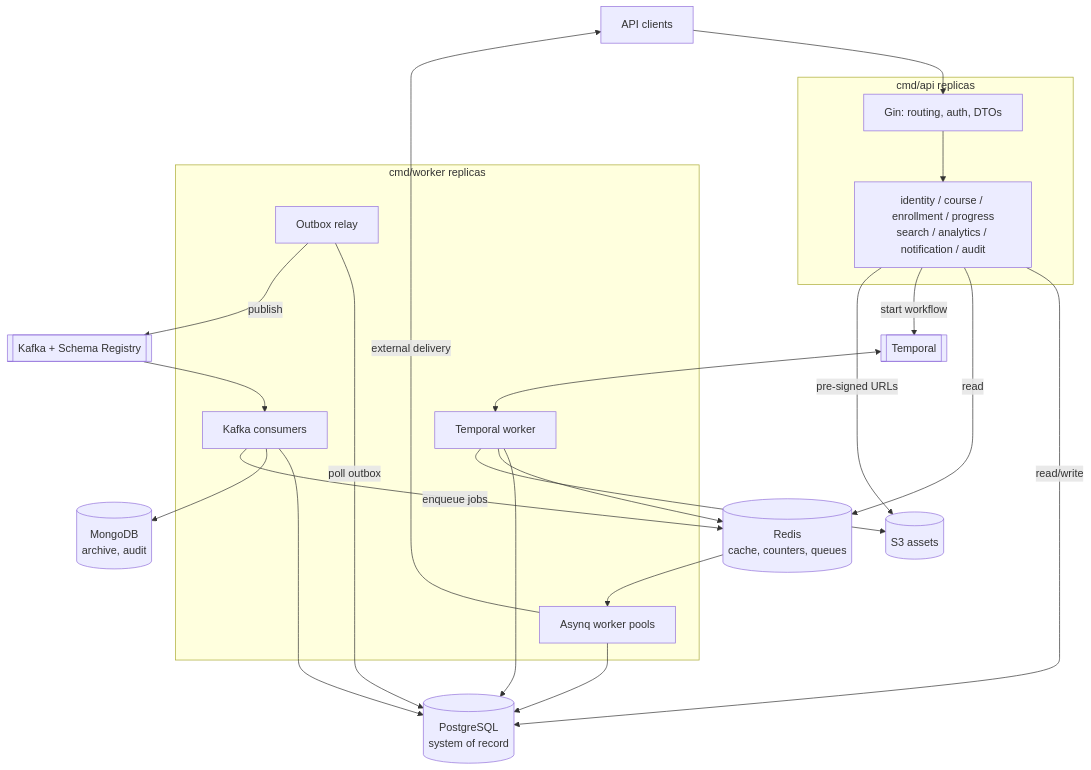
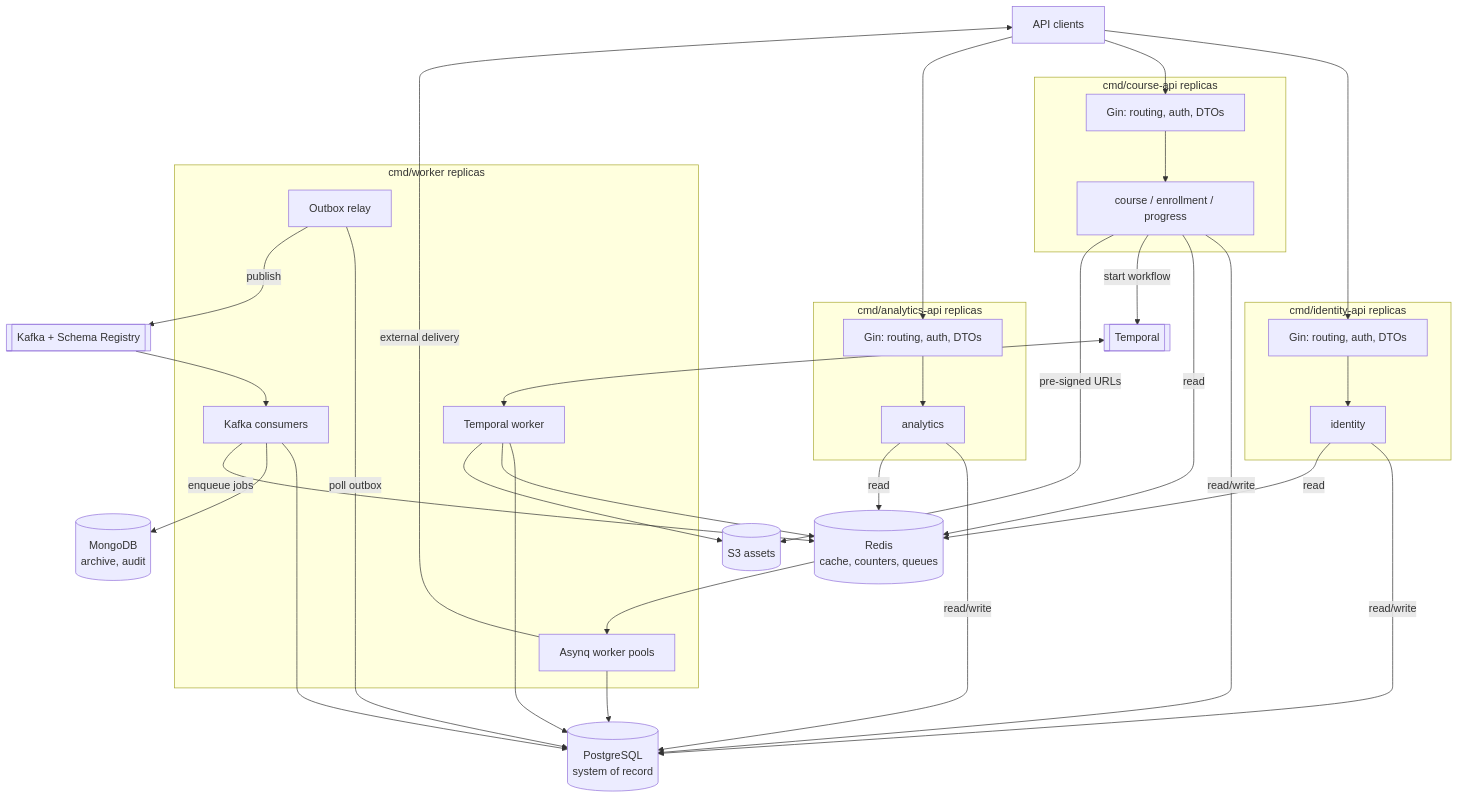
Before and after one commit to AmeerHussainEmumba/SmartCourse: the first of 2 diagrams in docs/rfc/smartcourse-rfc.md, drawn with Mermaid. The commit also changed other lines of this file and 18 other files, not shown here.

````diff
--- a/docs/rfc/smartcourse-rfc.md
+++ b/docs/rfc/smartcourse-rfc.md
@@ -255,43 +257,59 @@
 ```mermaid
 flowchart TB
     Client[API clients]
 
-    subgraph API["cmd/api replicas"]
-        GIN[Gin: routing, auth, DTOs]
-        MOD[identity / course / enrollment / progress<br/>search / analytics / notification / audit]
+    subgraph IDAPI["cmd/identity-api replicas"]
+        GIN1[Gin: routing, auth, DTOs]
+        MOD1[identity]
+    end
+
+    subgraph CAPI["cmd/course-api replicas"]
+        GIN2[Gin: routing, auth, DTOs]
+        MOD2[course / enrollment / progress]
+    end
+
+    subgraph AAPI["cmd/analytics-api replicas"]
+        GIN3[Gin: routing, auth, DTOs]
+        MOD3[analytics]
     end
 
     subgraph WRK["cmd/worker replicas"]
         RELAY[Outbox relay]
         KC[Kafka consumers]
         AQ[Asynq worker pools]
         TW[Temporal worker]
     end
 
     PG[(PostgreSQL<br/>system of record)]
     RD[(Redis<br/>cache, counters, queues)]
     MG[(MongoDB<br/>archive, audit)]
     KF[[Kafka + Schema Registry]]
     TMP[[Temporal]]
     S3[(S3 assets)]
 
-    Client --> GIN --> MOD
-    MOD -->|read/write| PG
-    MOD -->|read| RD
-    MOD -->|start workflow| TMP
-    MOD -->|pre-signed URLs| S3
+    Client --> GIN1 --> MOD1
+    Client --> GIN2 --> MOD2
+    Client --> GIN3 --> MOD3
+    MOD1 -->|read/write| PG
+    MOD2 -->|read/write| PG
+    MOD3 -->|read/write| PG
+    MOD1 -->|read| RD
+    MOD2 -->|read| RD
+    MOD3 -->|read| RD
+    MOD2 -->|start workflow| TMP
+    MOD2 -->|pre-signed URLs| S3
 
     RELAY -->|poll outbox| PG
     RELAY -->|publish| KF
     KF --> KC
     KC --> PG
     KC --> MG
     KC -->|enqueue jobs| RD
     RD --> AQ
     AQ --> PG
     AQ -->|external delivery| Client
     TMP <--> TW
     TW --> PG
     TW --> RD
     TW --> S3
 ```
````
